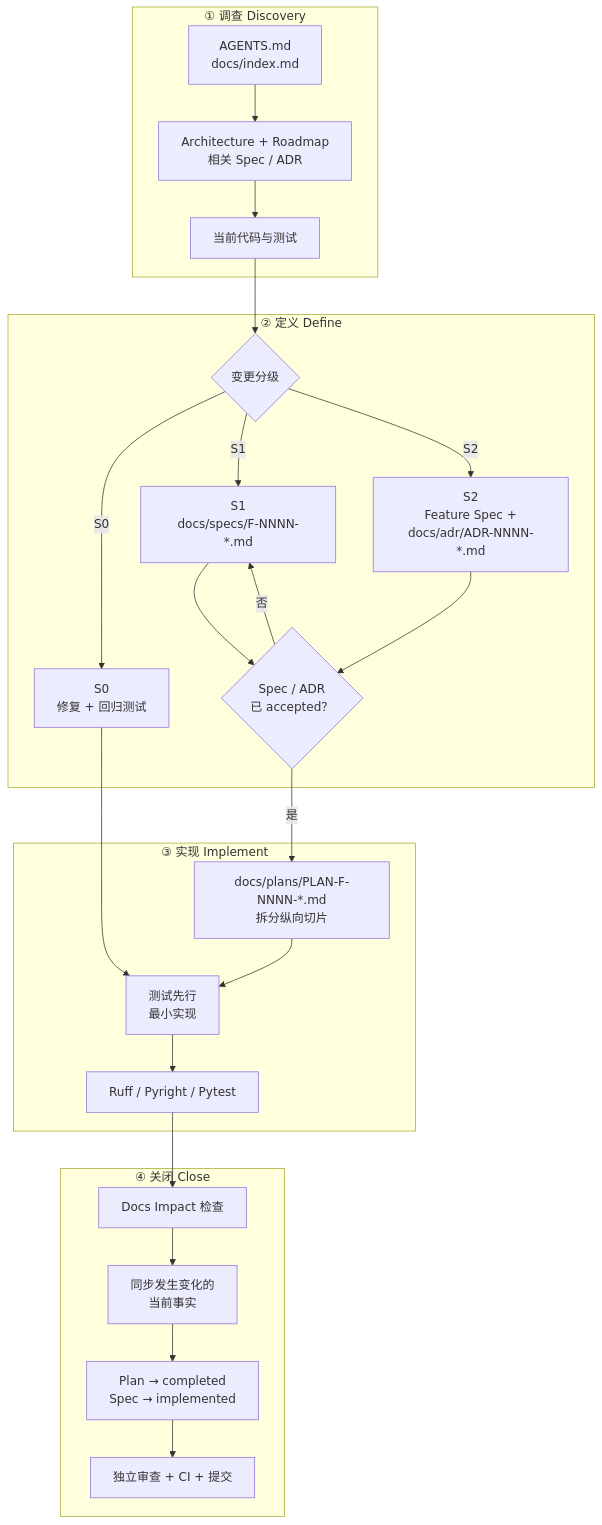
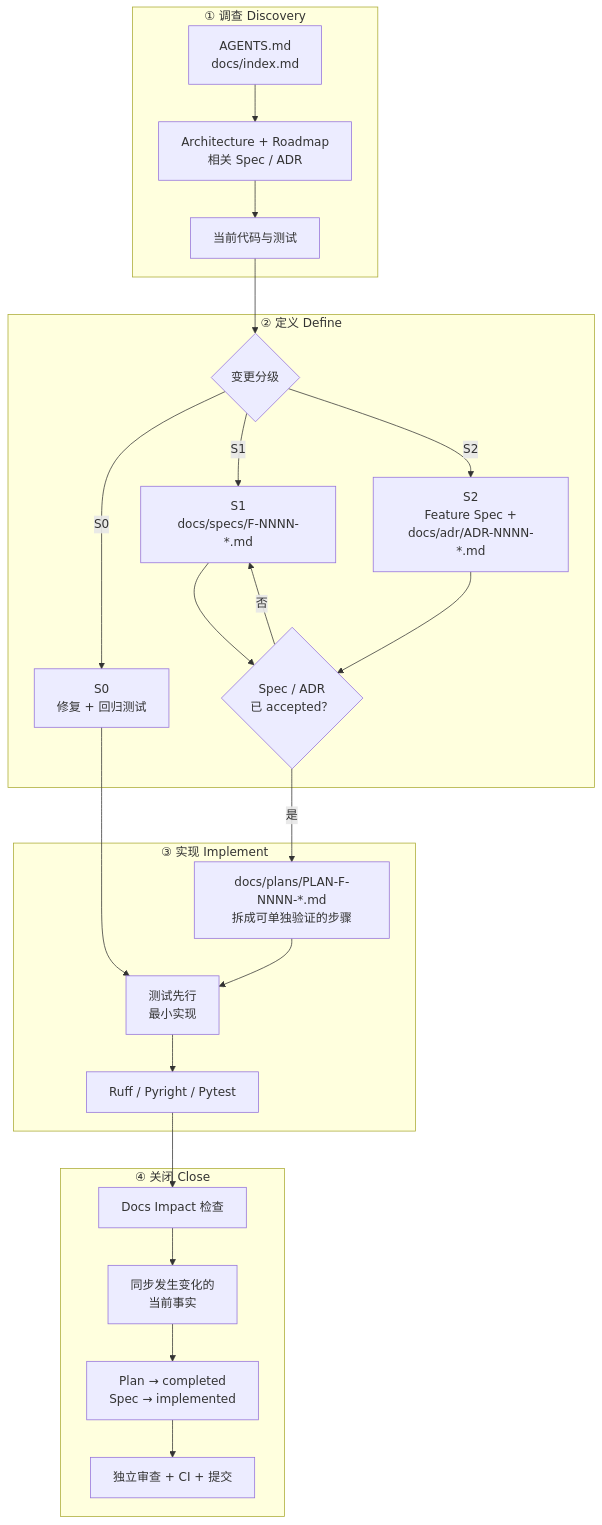
One commit to CherryYang05/BearAgent changed the diagram in docs/development/ai-development-sop.md. Above: the diagram before and after it, drawn with Mermaid. The commit also changed other lines of this file and 59 other files, not shown here.

````diff
--- a/docs/development/ai-development-sop.md
+++ b/docs/development/ai-development-sop.md
@@ -16,43 +16,43 @@
 ```mermaid
 flowchart TD
     subgraph A["① 调查 Discovery"]
         A1["AGENTS.md<br/>docs/index.md"]
         A2["Architecture + Roadmap<br/>相关 Spec / ADR"]
         A3["当前代码与测试"]
         A1 --> A2 --> A3
     end
 
     subgraph B["② 定义 Define"]
         B1{"变更分级"}
         B2["S0<br/>修复 + 回归测试"]
         B3["S1<br/>docs/specs/F-NNNN-*.md"]
         B4["S2<br/>Feature Spec +<br/>docs/adr/ADR-NNNN-*.md"]
         B5{"Spec / ADR<br/>已 accepted？"}
         B1 -->|S0| B2
         B1 -->|S1| B3
         B1 -->|S2| B4
         B3 --> B5
         B4 --> B5
     end
 
     subgraph C["③ 实现 Implement"]
-        C1["docs/plans/PLAN-F-NNNN-*.md<br/>拆分纵向切片"]
+        C1["docs/plans/PLAN-F-NNNN-*.md<br/>拆成可单独验证的步骤"]
         C2["测试先行<br/>最小实现"]
         C3["Ruff / Pyright / Pytest"]
         C1 --> C2 --> C3
     end
 
     subgraph D["④ 关闭 Close"]
         D1["Docs Impact 检查"]
         D2["同步发生变化的<br/>当前事实"]
         D3["Plan → completed<br/>Spec → implemented"]
         D4["独立审查 + CI + 提交"]
         D1 --> D2 --> D3 --> D4
     end
 
     A3 --> B1
     B2 --> C2
     B5 -->|是| C1
     B5 -->|否| B3
     C3 --> D1
 ```
````
